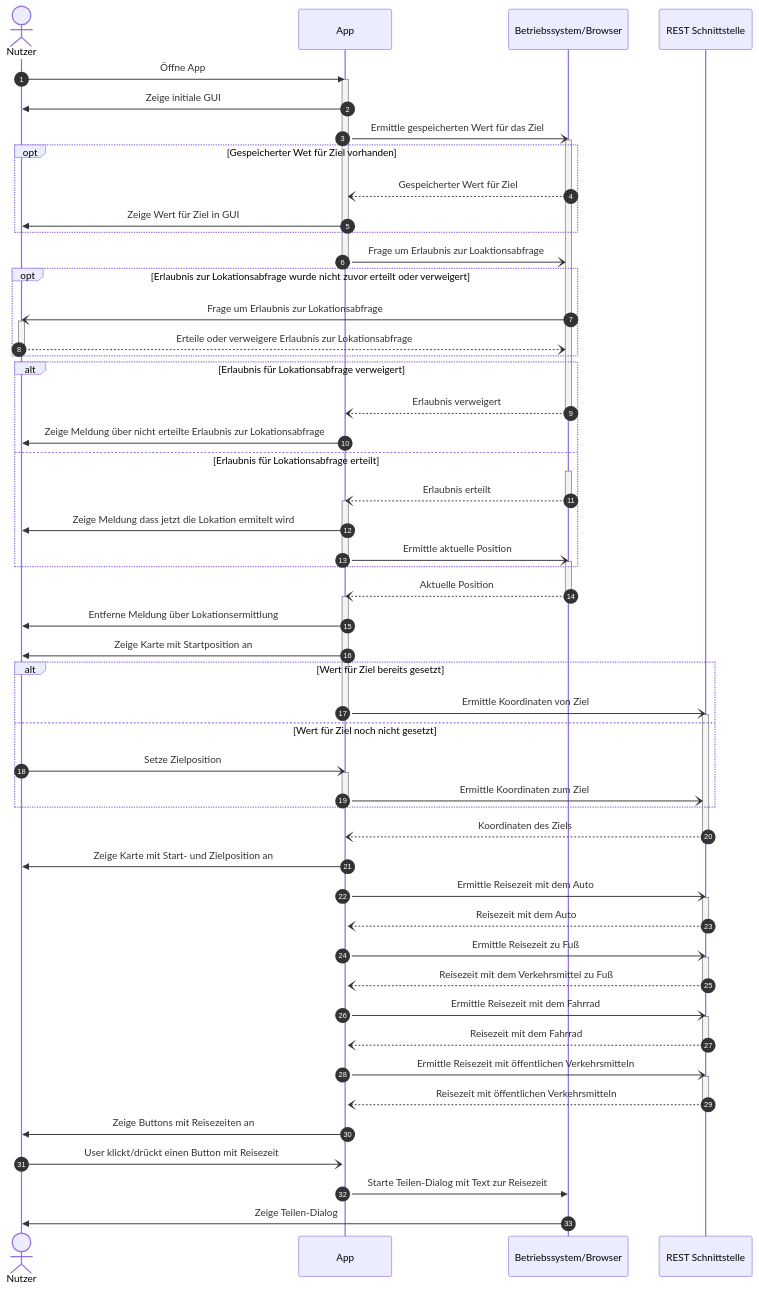
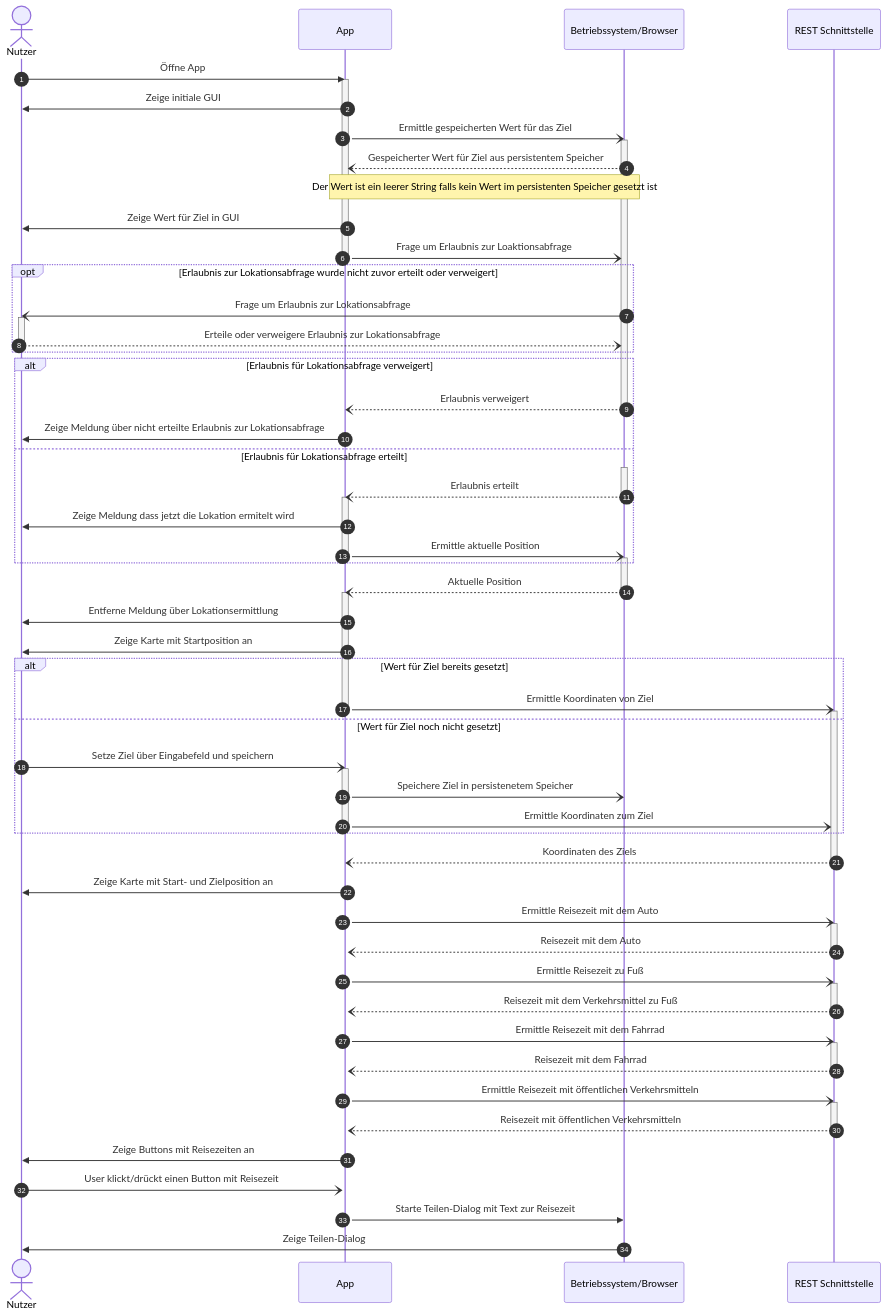
One commit to BeneKenobi/take-me-home changed the diagram in docs/prozess_detailliert.mmd. Above: the diagram before and after it, drawn with Mermaid.

Commit message:
docs: 📝 update storage handling documentation in prozess_detailliert

```diff
--- a/docs/prozess_detailliert.mmd
+++ b/docs/prozess_detailliert.mmd
@@ -1,76 +1,76 @@
 sequenceDiagram
     autonumber
     actor N as Nutzer
     participant A as App
     participant B as Betriebssystem/Browser
     participant W as REST Schnittstelle
     N->>A:Öffne App
     activate A
     A->>N:Zeige initiale GUI
     A-)B:Ermittle gespeicherten Wert für das Ziel
     activate B
-    opt Gespeicherter Wet für Ziel vorhanden
-        B--)A:Gespeicherter Wert für Ziel
-        A->>N:Zeige Wert für Ziel in GUI
-    end
+    B--)A:Gespeicherter Wert für Ziel aus persistentem Speicher
+    Note over B,A: Der Wert ist ein leerer String falls kein Wert im persistenten Speicher gesetzt ist
+    A->>N:Zeige Wert für Ziel in GUI
     A-)B:Frage um Erlaubnis zur Loaktionsabfrage
     deactivate A
     opt Erlaubnis zur Lokationsabfrage wurde nicht zuvor erteilt oder verweigert
         B-)N:Frage um Erlaubnis zur Lokationsabfrage
         activate N
         N--)B:Erteile oder verweigere Erlaubnis zur Lokationsabfrage
         deactivate N
     end
     alt Erlaubnis für Lokationsabfrage verweigert
         B--)A:Erlaubnis verweigert
         deactivate B
         A->>N:Zeige Meldung über nicht erteilte Erlaubnis zur Lokationsabfrage 
     else Erlaubnis für Lokationsabfrage erteilt
         activate B
         B--)A:Erlaubnis erteilt
         deactivate B
         activate A
         A->>N:Zeige Meldung dass jetzt die Lokation ermitelt wird
         A-)B:Ermittle aktuelle Position
         deactivate A
         activate B
     end
     B--)A:Aktuelle Position
     deactivate B
     activate A
     A->>N:Entferne Meldung über Lokationsermittlung
     A->>N:Zeige Karte mit Startposition an
     alt Wert für Ziel bereits gesetzt
         A-)W:Ermittle Koordinaten von Ziel
         deactivate A
         activate W
     else Wert für Ziel noch nicht gesetzt 
-        N-)A:Setze Zielposition
+        N-)A:Setze Ziel über Eingabefeld und speichern
         activate A
+        A-)B:Speichere Ziel in persistenetem Speicher
         A-)W:Ermittle Koordinaten zum Ziel
         deactivate A
     end
     W--)A:Koordinaten des Ziels
     deactivate W
     activate A
     A->>N:Zeige Karte mit Start- und Zielposition an
     A-)W:Ermittle Reisezeit mit dem Auto
     activate W
     W--)A:Reisezeit mit dem Auto
     deactivate W
     A-)W:Ermittle Reisezeit zu Fuß
     activate W
     W--)A:Reisezeit mit dem Verkehrsmittel zu Fuß
     deactivate W
     A-)W:Ermittle Reisezeit mit dem Fahrrad
     activate W
     W--)A:Reisezeit mit dem Fahrrad
     deactivate W
     A-)W:Ermittle Reisezeit mit öffentlichen Verkehrsmitteln
     activate W
     W--)A:Reisezeit mit öffentlichen Verkehrsmitteln
     deactivate W
     A->>N:Zeige Buttons mit Reisezeiten an
     N-)A:User klickt/drückt einen Button mit Reisezeit
     A->>B:Starte Teilen-Dialog mit Text zur Reisezeit
     B->>N:Zeige Teilen-Dialog
```
